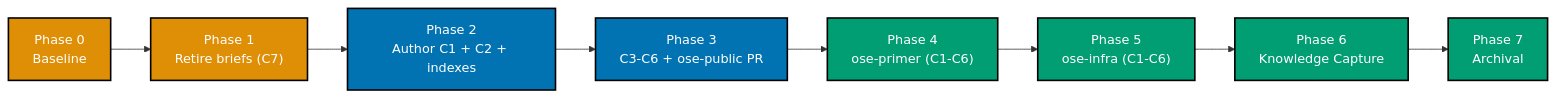
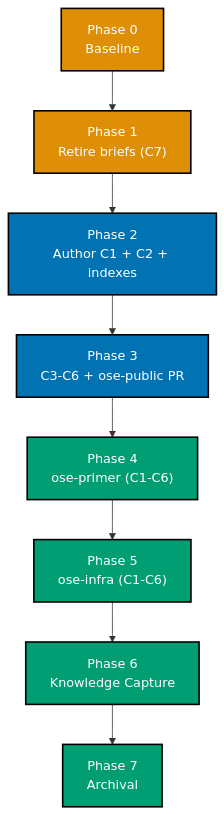
Before and after one commit to wahidyankf/baseerah: the diagram in plans/backlog/bare-repo-governance-hardening/delivery.md, drawn with Mermaid. The commit also changed 20 other files, not shown here.

First line of the commit message:
fix(docs): remediate mermaid violations surfaced by the detect_kind fix

````diff
--- a/plans/backlog/bare-repo-governance-hardening/delivery.md
+++ b/plans/backlog/bare-repo-governance-hardening/delivery.md
@@ -78,18 +78,21 @@
 ```mermaid
 %% Color palette: Blue #0173B2, Orange #DE8F05, Teal #029E73
-flowchart LR
+%% TD required: the phase spine is 8 nodes deep; as LR that depth is the checked
+%% horizontal axis and exceeds MaxWidth=4. TD keeps depth on the unchecked
+%% vertical axis (Diagrams Convention, Flowchart Width Constraints).
+graph TD
     P0["Phase 0<br/>Baseline"] --> P1["Phase 1<br/>Retire briefs (C7)"]
     P1 --> P2["Phase 2<br/>Author C1 + C2 + indexes"]
     P2 --> P3["Phase 3<br/>C3-C6 + ose-public PR"]
     P3 --> P4["Phase 4<br/>ose-primer (C1-C6)"]
     P4 --> P5["Phase 5<br/>ose-infra (C1-C6)"]
     P5 --> P6["Phase 6<br/>Knowledge Capture"]
     P6 --> P7["Phase 7<br/>Archival"]
 
     classDef blue fill:#0173B2,stroke:#000000,color:#FFFFFF,stroke-width:2px
     classDef orange fill:#DE8F05,stroke:#000000,color:#FFFFFF,stroke-width:2px
     classDef teal fill:#029E73,stroke:#000000,color:#FFFFFF,stroke-width:2px
     class P0,P1 orange
     class P2,P3 blue
     class P4,P5,P6,P7 teal
 ```
````
